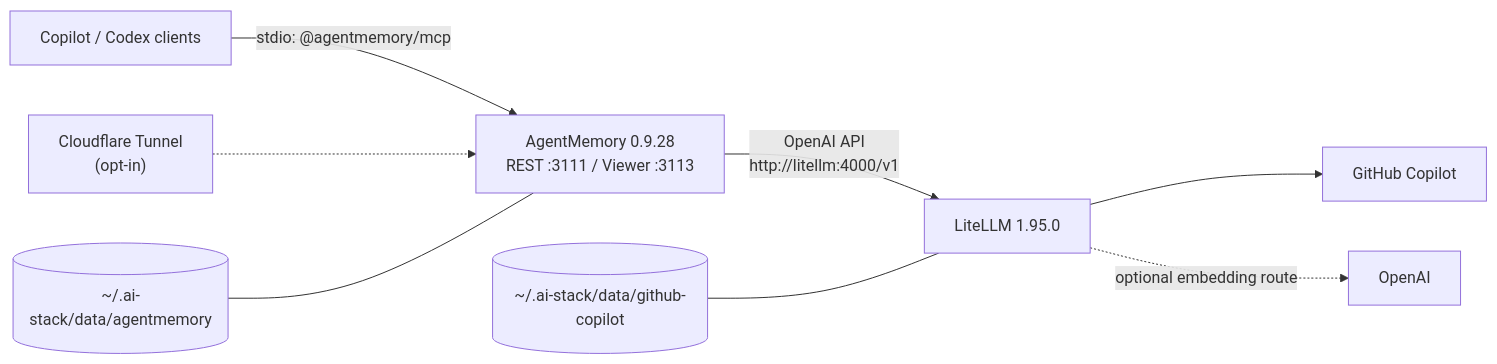
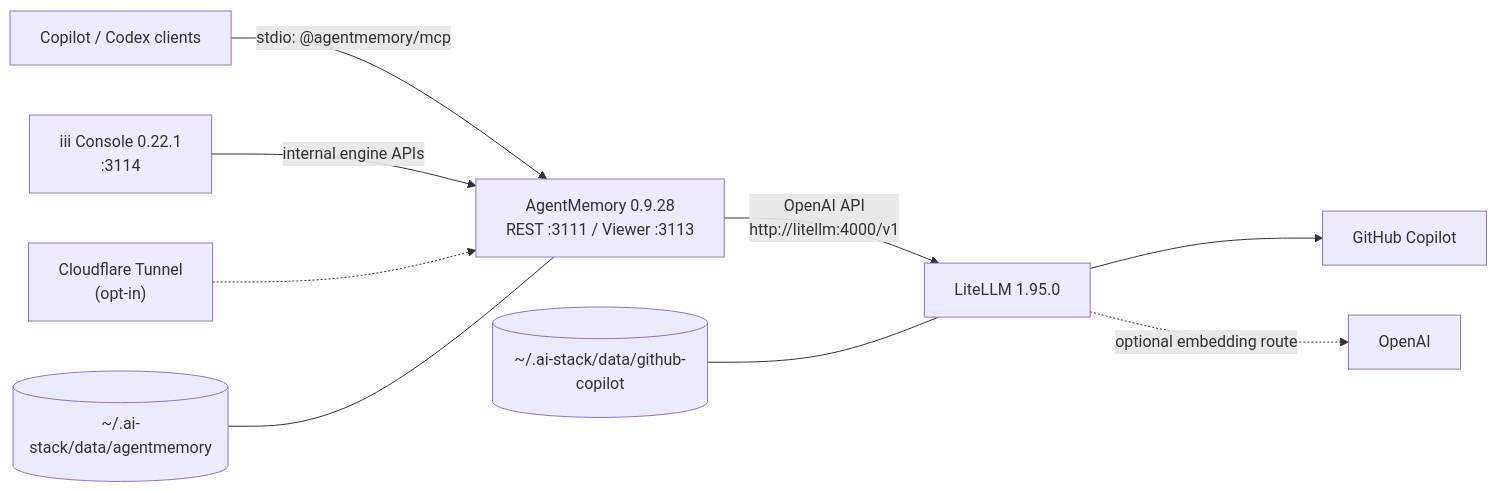
The diagram in README.md (tldrr/ai-stack), drawn with Mermaid before and after one commit. The commit also changed other lines of this file and 7 other files, not shown here.

````diff
--- a/README.md
+++ b/README.md
@@ -57,10 +57,11 @@
 ```mermaid
 flowchart LR
   Clients["Copilot / Codex clients"] -->|"stdio: @agentmemory/mcp"| AM
   AM["AgentMemory 0.9.28<br/>REST :3111 / Viewer :3113"] -->|"OpenAI API<br/>http://litellm:4000/v1"| LL
+  Console["iii Console 0.22.1<br/>:3114"] -->|"internal engine APIs"| AM
   LL["LiteLLM 1.95.0"] --> Copilot["GitHub Copilot"]
   LL -. "optional embedding route" .-> OpenAI["OpenAI"]
   CF["Cloudflare Tunnel<br/>(opt-in)"] -.-> AM
   V1[("~/.ai-stack/data/agentmemory")] --- AM
   V2[("~/.ai-stack/data/github-copilot")] --- LL
 ```
````
